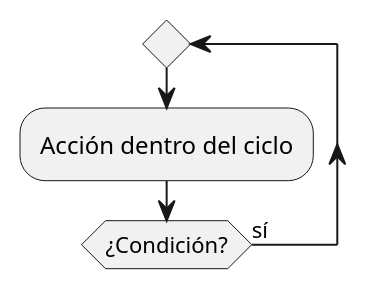
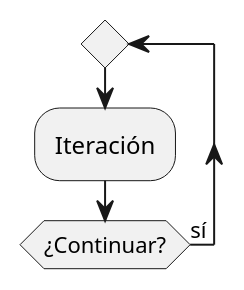
One commit to GonzaloBarbano/E-commerce changed the third of 5 diagrams in docs/05-diagramas/01-diagrama-de-actividades/diagramas-doc.md. Above: the diagram before and after it, drawn with PlantUML. The commit also changed other lines of this file and 11 other files, not shown here.

````diff
--- a/docs/05-diagramas/01-diagrama-de-actividades/diagramas-doc.md
+++ b/docs/05-diagramas/01-diagrama-de-actividades/diagramas-doc.md
@@ -408,5 +190,5 @@
-```puml
+```plantuml
 repeat
-  :Acción dentro del ciclo;
-repeat while (¿Condición?) is (sí)
+  :Iteración;
+repeat while (¿Continuar?) is (sí)
 ```
````
